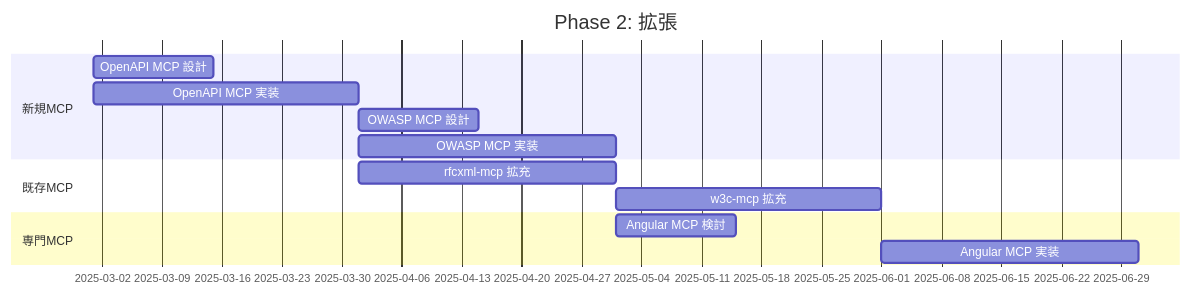
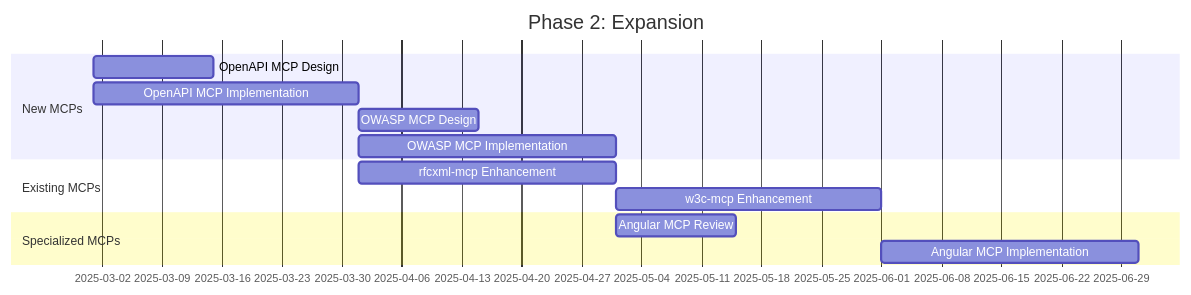
Before and after one commit to shuji-bonji/ai-agent-architecture: the fourth of 4 diagrams in docs/roadmap.md, drawn with Mermaid. The commit also changed other lines of this file and 42 other files, not shown here.

````diff
--- a/docs/roadmap.md
+++ b/docs/roadmap.md
@@ -116,16 +118,16 @@
 ```mermaid
 gantt
-    title Phase 2: 拡張
+    title Phase 2: Expansion
     dateFormat YYYY-MM
-    section 新規MCP
-        OpenAPI MCP 設計        :2025-03, 2w
-        OpenAPI MCP 実装        :2025-03, 1M
-        OWASP MCP 設計          :2025-04, 2w
-        OWASP MCP 実装          :2025-04, 1M
-    section 既存MCP
-        rfcxml-mcp 拡充         :2025-04, 1M
-        w3c-mcp 拡充            :2025-05, 1M
-    section 専門MCP
-        Angular MCP 検討        :2025-05, 2w
-        Angular MCP 実装        :2025-06, 1M
+    section New MCPs
+        OpenAPI MCP Design                  :2025-03, 2w
+        OpenAPI MCP Implementation          :2025-03, 1M
+        OWASP MCP Design                    :2025-04, 2w
+        OWASP MCP Implementation            :2025-04, 1M
+    section Existing MCPs
+        rfcxml-mcp Enhancement              :2025-04, 1M
+        w3c-mcp Enhancement                 :2025-05, 1M
+    section Specialized MCPs
+        Angular MCP Review                  :2025-05, 2w
+        Angular MCP Implementation          :2025-06, 1M
 ```
````
